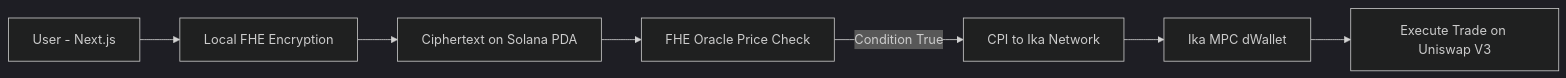
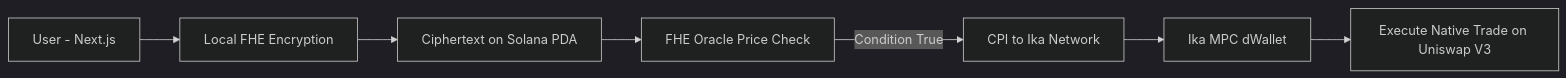
One commit to thesithunyein/blind-omnichain-vault changed the diagram in README.md. Above: the diagram before and after it, drawn with Mermaid (dark theme). The commit also changed other lines of this file, not shown here.

````diff
--- a/README.md
+++ b/README.md
@@ -78,9 +72,9 @@
 ```mermaid
 flowchart LR
     A[User - Next.js] --> B[Local FHE Encryption]
     B --> C[Ciphertext on Solana PDA]
     C --> D[FHE Oracle Price Check]
     D -->|Condition True| E[CPI to Ika Network]
     E --> F[Ika MPC dWallet]
-    F --> G[Execute Trade on Uniswap V3]
+    F --> G[Execute Native Trade on Uniswap V3]
 ```
````
